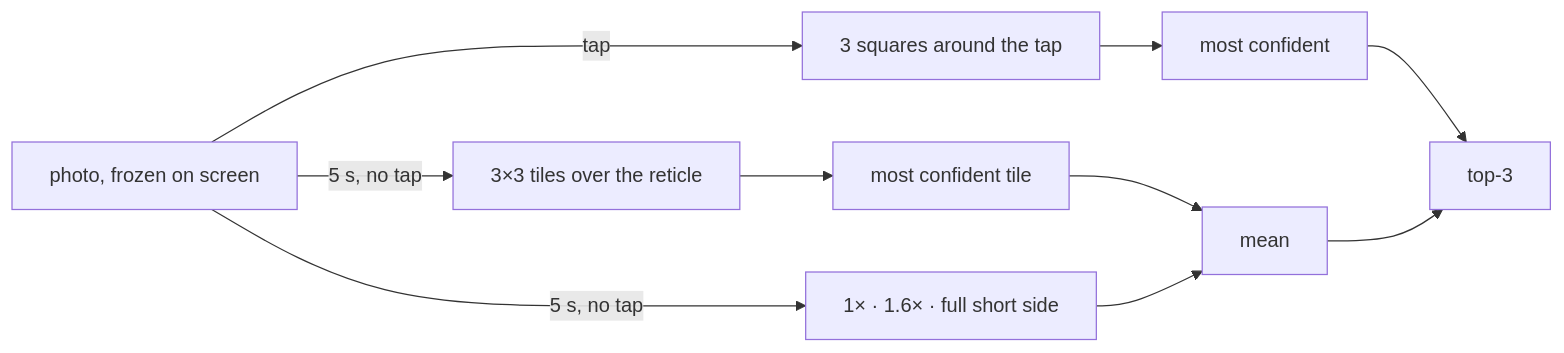
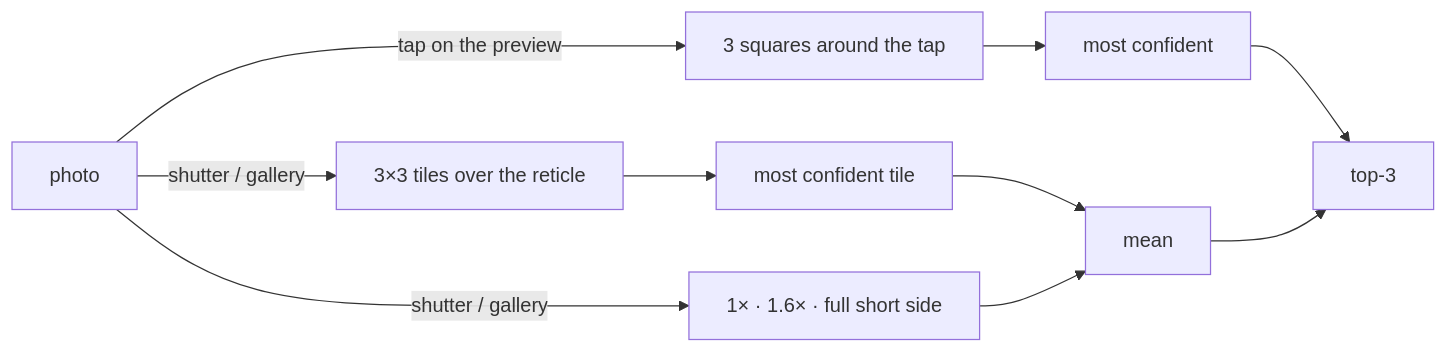
Before and after one commit to krzysztofradomski/critterboard: the diagram in docs/ml-roadmap.md, drawn with Mermaid. The commit also changed other lines of this file and 5 other files, not shown here.

First line of the commit message:
Scan: tap the bug on the live preview to snap and search around it at once

````diff
--- a/docs/ml-roadmap.md
+++ b/docs/ml-roadmap.md
@@ -100,7 +100,7 @@
 ```mermaid
 flowchart LR
-  P[photo, frozen on screen] -->|tap| T[3 squares around the tap] --> B1[most confident] --> R[top-3]
-  P -->|5 s, no tap| G[3×3 tiles over the reticle] --> B2[most confident tile]
-  P -->|5 s, no tap| C[1× · 1.6× · full short side]
+  P[photo] -->|tap on the preview| T[3 squares around the tap] --> B1[most confident] --> R[top-3]
+  P -->|shutter / gallery| G[3×3 tiles over the reticle] --> B2[most confident tile]
+  P -->|shutter / gallery| C[1× · 1.6× · full short side]
   B2 & C --> A[mean] --> R
 ```
````
